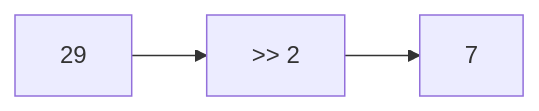
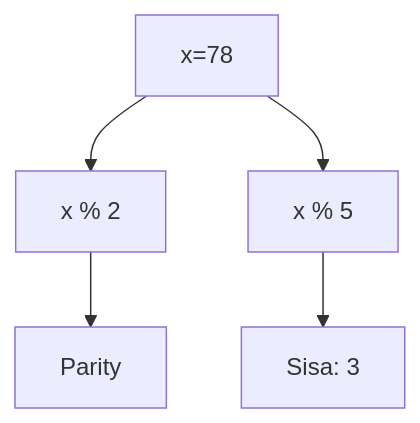
Diagram 16 of 25 in part-c-pemahaman-cpp/06-bitwise/latihan/set-10.md (amnahwaida/OSNK_INF_PREP), drawn with Mermaid before and after one commit. The commit also changed other lines of this file and 71 other files, not shown here.

````diff
--- a/part-c-pemahaman-cpp/06-bitwise/latihan/set-10.md
+++ b/part-c-pemahaman-cpp/06-bitwise/latihan/set-10.md
@@ -400,5 +472,7 @@
 ```mermaid
-graph LR
-    A[29] --> B[">> 2"]
-    B --> C[7]
+graph TD
+A[x=78] --> B[x % 2]
+B --> C[Parity]
+A --> D[x % 5]
+D --> E[Sisa: 3]
 ```
````
